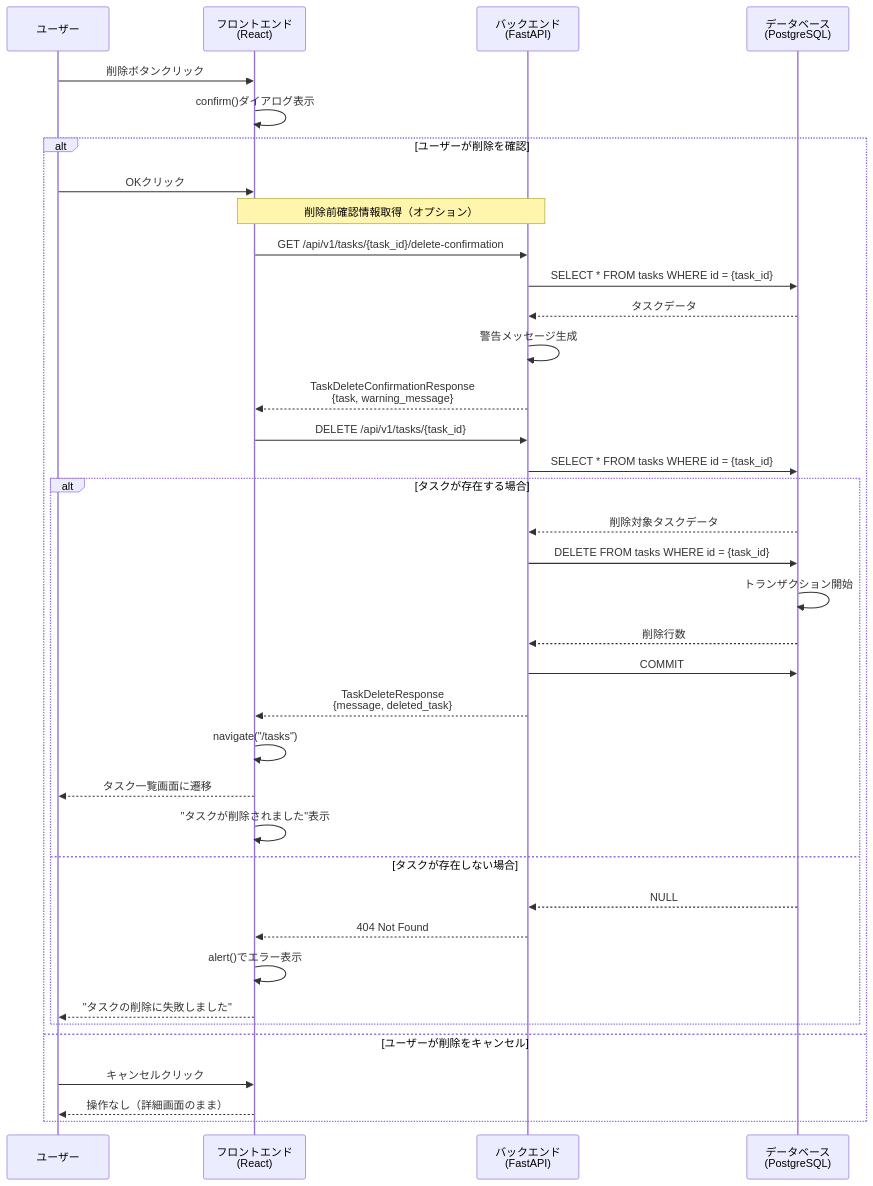
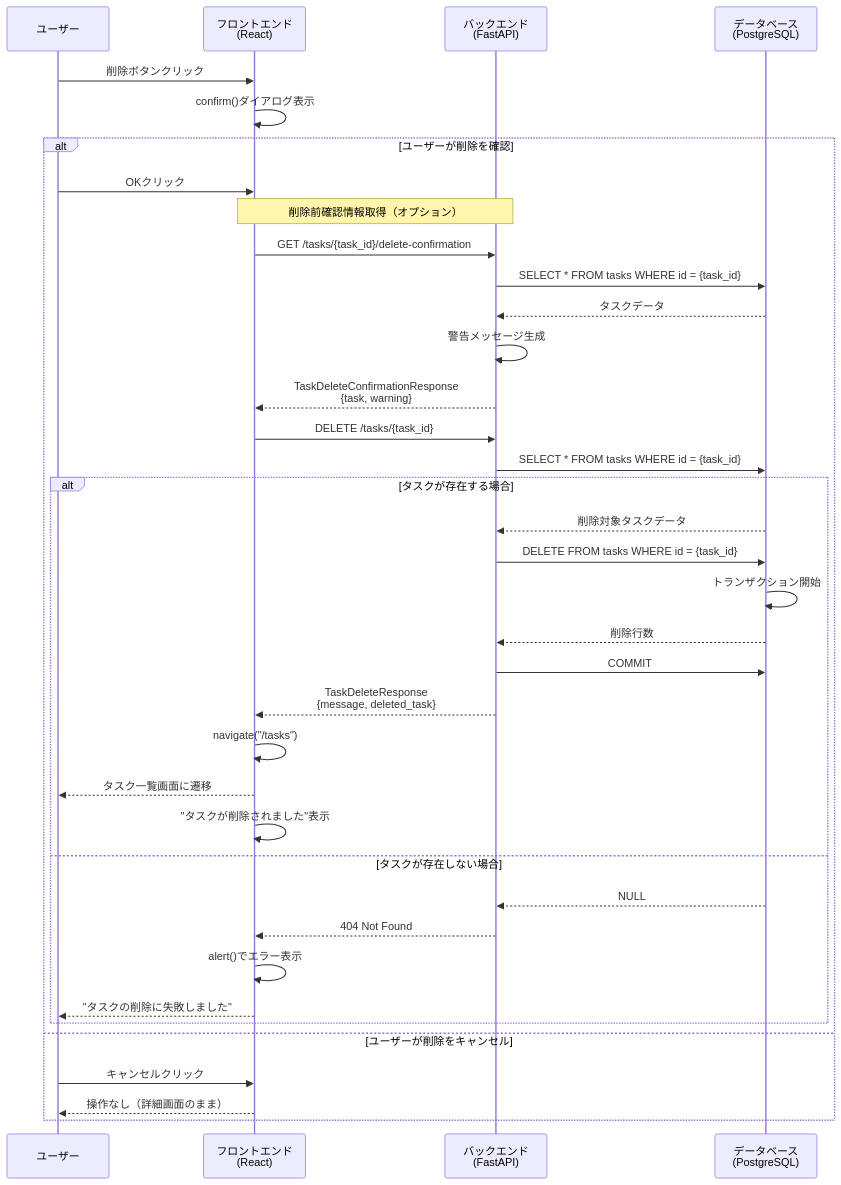
Before and after one commit to dbd-fish/claude-code_task-system: the fifth of 7 diagrams in doc/基本設計/シーケンス図.md, drawn with Mermaid. The commit also changed other lines of this file and 37 other files, not shown here.

````diff
--- a/doc/基本設計/シーケンス図.md
+++ b/doc/基本設計/シーケンス図.md
@@ -151,44 +151,44 @@
 ```mermaid
 sequenceDiagram
     participant U as ユーザー
     participant F as フロントエンド<br/>(React)
     participant B as バックエンド<br/>(FastAPI)
     participant D as データベース<br/>(PostgreSQL)
 
     U->>F: 削除ボタンクリック
     F->>F: confirm()ダイアログ表示
     
     alt ユーザーが削除を確認
         U->>F: OKクリック
         
         Note over F,B: 削除前確認情報取得（オプション）
-        F->>B: GET /api/v1/tasks/{task_id}/delete-confirmation
+        F->>B: GET /tasks/{task_id}/delete-confirmation
         B->>D: SELECT * FROM tasks WHERE id = {task_id}
         D-->>B: タスクデータ
         B->>B: 警告メッセージ生成
-        B-->>F: TaskDeleteConfirmationResponse<br/>{task, warning_message}
+        B-->>F: TaskDeleteConfirmationResponse<br/>{task, warning}
         
-        F->>B: DELETE /api/v1/tasks/{task_id}
+        F->>B: DELETE /tasks/{task_id}
         B->>D: SELECT * FROM tasks WHERE id = {task_id}
         
         alt タスクが存在する場合
             D-->>B: 削除対象タスクデータ
             B->>D: DELETE FROM tasks WHERE id = {task_id}
             D->>D: トランザクション開始
             D-->>B: 削除行数
             B->>D: COMMIT
             B-->>F: TaskDeleteResponse<br/>{message, deleted_task}
             F->>F: navigate("/tasks")
             F-->>U: タスク一覧画面に遷移
             F->>F: "タスクが削除されました"表示
         else タスクが存在しない場合
             D-->>B: NULL
             B-->>F: 404 Not Found
             F->>F: alert()でエラー表示
             F-->>U: "タスクの削除に失敗しました"
         end
     else ユーザーが削除をキャンセル
         U->>F: キャンセルクリック
         F-->>U: 操作なし（詳細画面のまま）
     end
 ```
````
